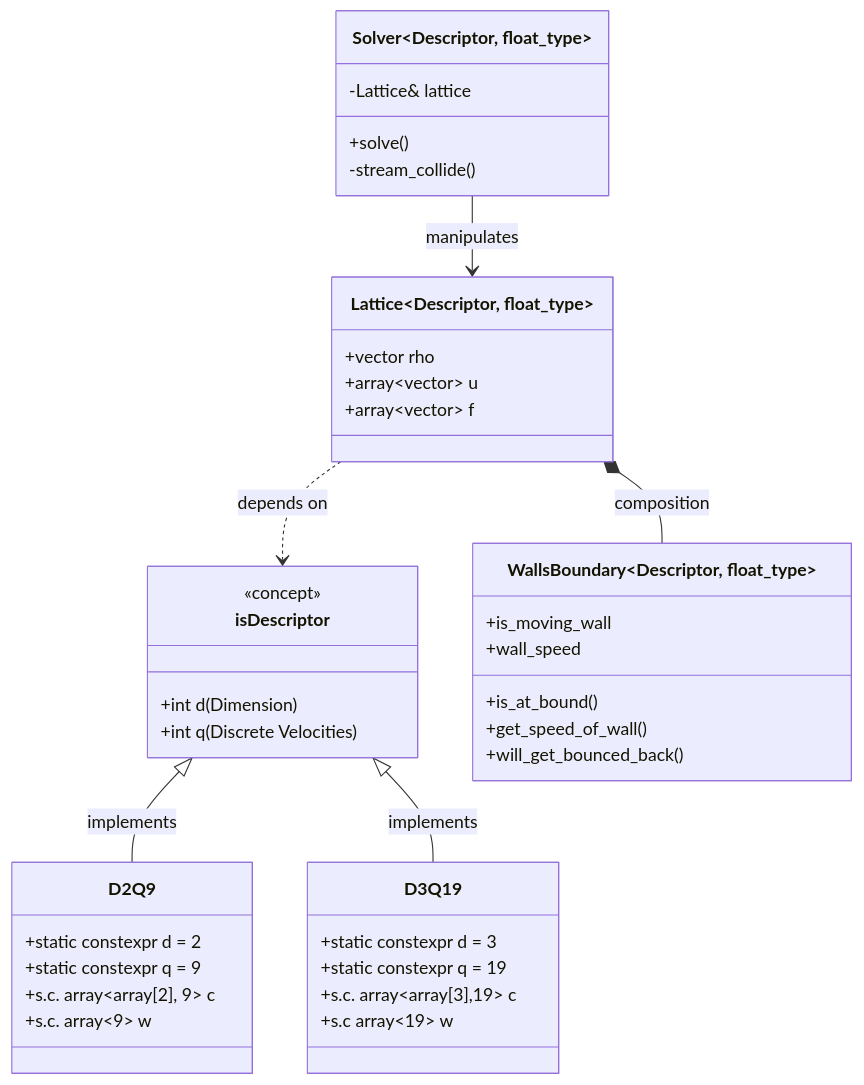
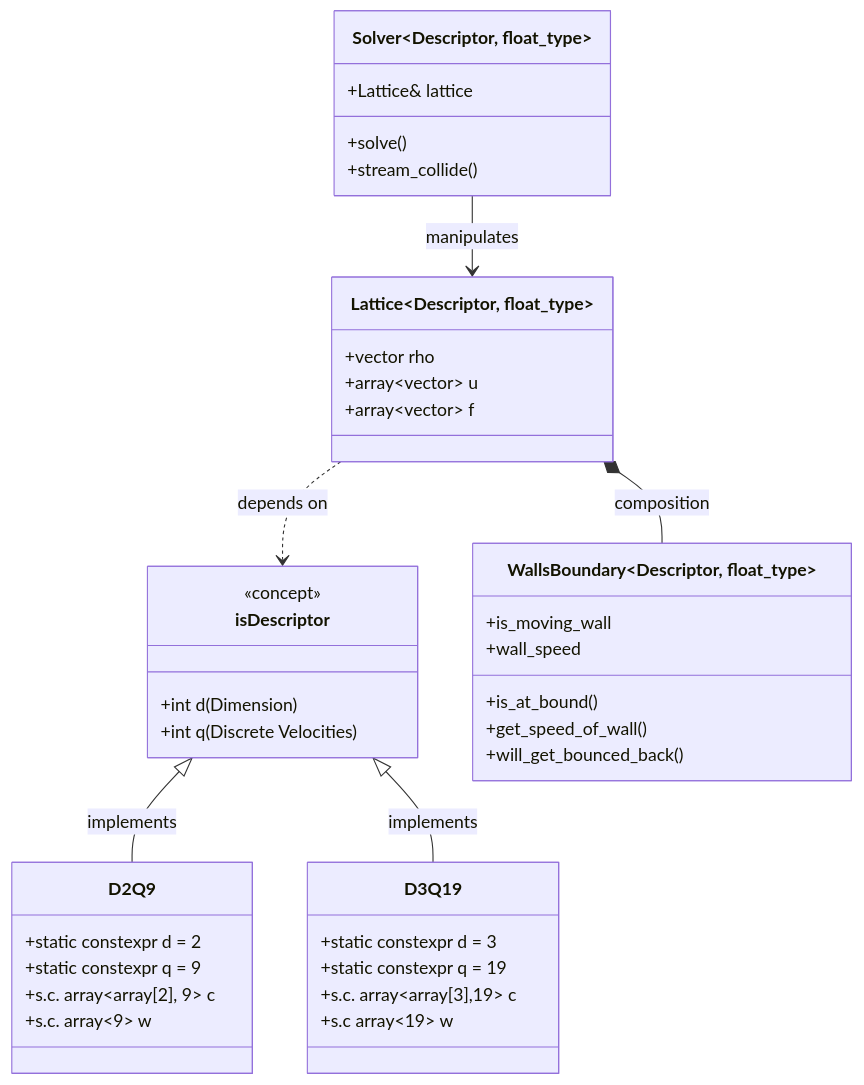
The diagram in README.md (CristianoCorona/Lattice-Boltzmann-Method-for-HPC-Fluid-Dynamics), drawn with Mermaid before and after one commit. The commit also changed other lines of this file and 2 other files, not shown here.

````diff
--- a/README.md
+++ b/README.md
@@ -50,48 +51,48 @@
 ```mermaid
 classDiagram
     class isDescriptor {
         <<concept>>
         +int d (Dimension)
         +int q (Discrete Velocities)
     }
 
     class D2Q9 {
         +static constexpr d = 2
         +static constexpr q = 9
         +s.c. array~array[2], 9~ c
         +s.c. array~9~ w
     }
 
     class D3Q19 {
         +static constexpr d = 3
         +static constexpr q = 19
         +s.c. array~array[3],19~ c
         +s.c array~19~ w
     }
 
     class Lattice~Descriptor, float_type~ {
         +vector rho
         +array~vector~ u
         +array~vector~ f
     }
 
     class WallsBoundary~Descriptor, float_type~ {
         +is_moving_wall
         +wall_speed
         +is_at_bound()
         +get_speed_of_wall()
         +will_get_bounced_back()
     }
 
     class Solver~Descriptor, float_type~ {
-        -Lattice& lattice
+        +Lattice& lattice
         +solve()
-        -stream_collide()
+        +stream_collide()
     }
 
     isDescriptor <|-- D2Q9 : implements
     isDescriptor <|-- D3Q19 : implements
     Lattice ..> isDescriptor : depends on
     Lattice *-- WallsBoundary : composition
     Solver --> Lattice : manipulates
 ```
````
